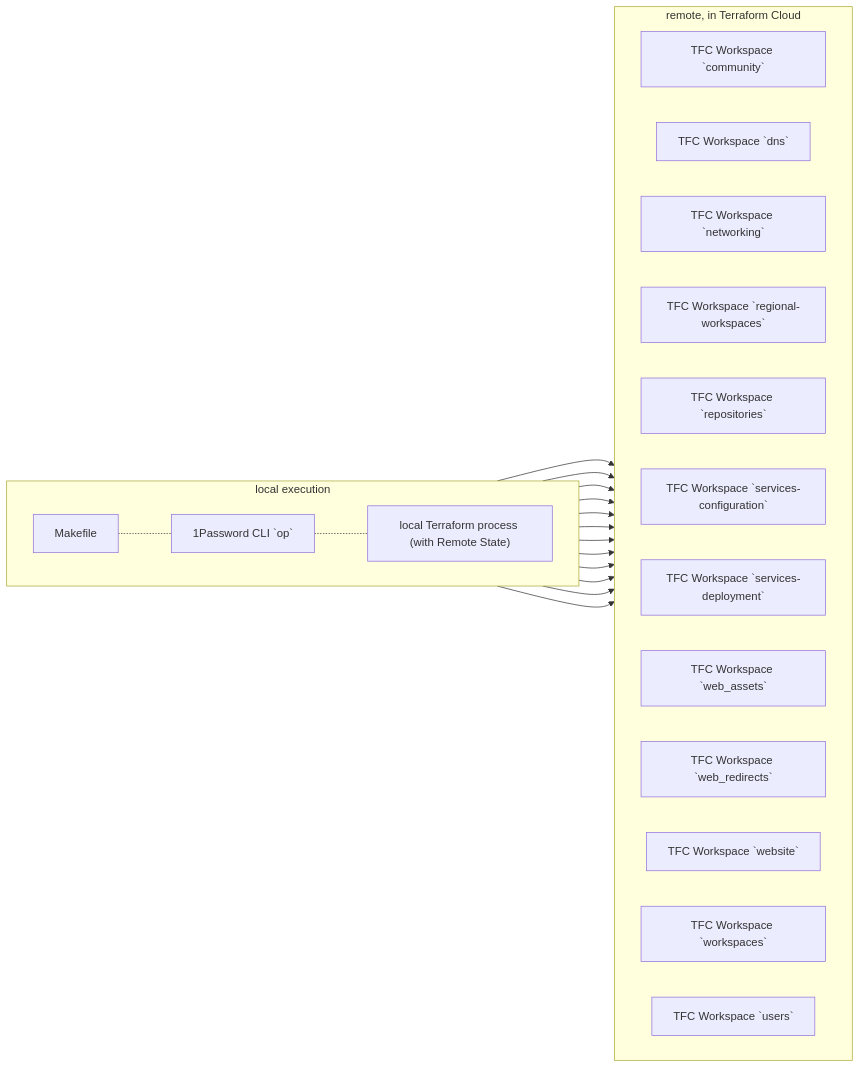
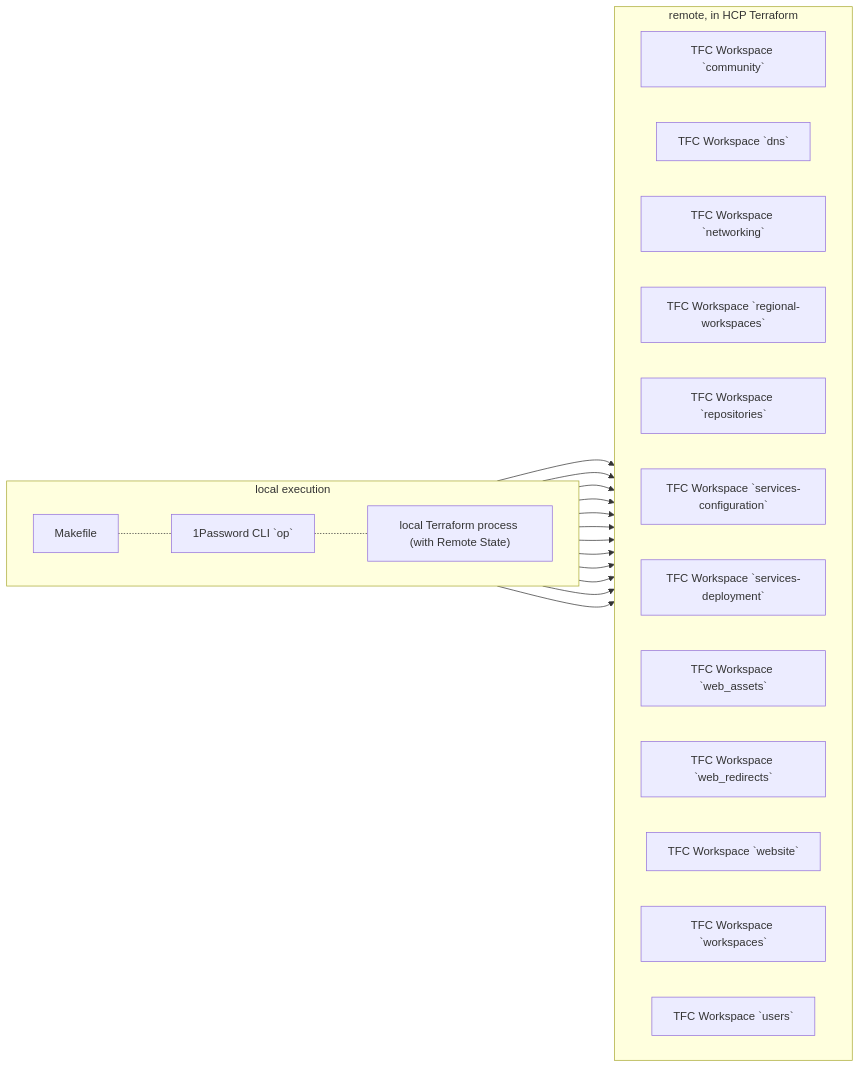
Before and after one commit to workloads/workspaces: the diagram in README.md, drawn with Mermaid. The commit also changed other lines of this file and 2 other files, not shown here.

````diff
--- a/README.md
+++ b/README.md
@@ -48,33 +47,33 @@
 ```mermaid
 flowchart LR
     subgraph local["local execution"]
         direction LR
 
         makefile["Makefile"]
         opcli["1Password CLI `op`"]
         click opcli "https://developer.1password.com/docs/cli/" "1Password CLI `op`"
 
         terraform["local Terraform process (with Remote State)"]
 
         %% actual connections
         makefile -.- opcli -.- terraform
     end
 
-    subgraph remote["remote, in Terraform Cloud"]
+    subgraph remote["remote, in HCP Terraform"]
         direction LR
 
         %% actual connections
         terraform --> community["TFC Workspace `community`"]
         terraform --> dns["TFC Workspace `dns`"]
         terraform --> networking["TFC Workspace `networking`"]
         terraform --> regional-workspaces["TFC Workspace `regional-workspaces`"]
         terraform --> github-organization["TFC Workspace `repositories`"]
         terraform --> services-configuration["TFC Workspace `services-configuration`"]
         terraform --> services-deployment["TFC Workspace `services-deployment`"]
         terraform --> web_assets["TFC Workspace `web_assets`"]
         terraform --> web_redirects["TFC Workspace `web_redirects`"]
         terraform --> website["TFC Workspace `website`"]
         terraform --> workspaces["TFC Workspace `workspaces`"]
         terraform --> users["TFC Workspace `users`"]
     end
 ```
````
